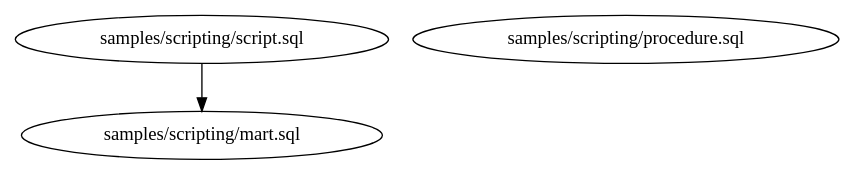
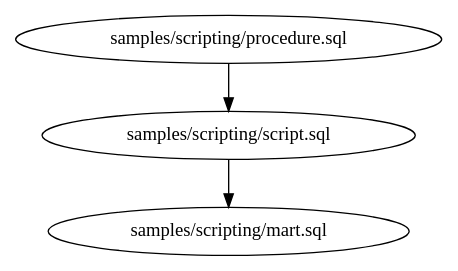
The diagram in samples/scripting/dag.dot (Matts966/alphasql), drawn with Graphviz before and after one commit. The commit also changed 24 other files, not shown here.

```diff
--- a/samples/scripting/dag.dot
+++ b/samples/scripting/dag.dot
@@ -1,6 +1,7 @@
 digraph G {
 0 [label="samples/scripting/mart.sql", shape="", type=query];
 1 [label="samples/scripting/procedure.sql", shape="", type=query];
 2 [label="samples/scripting/script.sql", shape="", type=query];
+1->2 ;
 2->0 ;
 }
```
